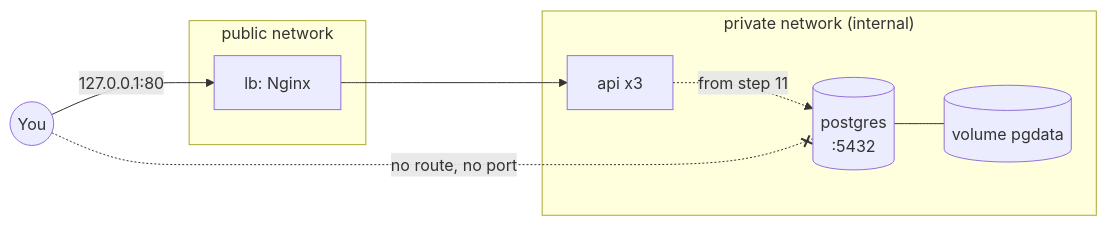
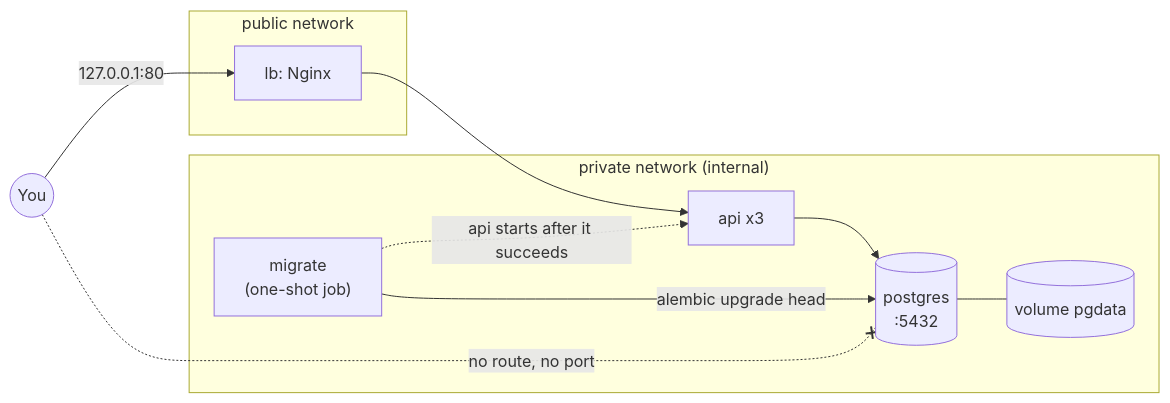
One commit to moncef2k/aws-local-lab changed the diagram in docs/labs/04-database.md. Above: the diagram before and after it, drawn with Mermaid. The commit also changed other lines of this file and 1 other file, not shown here.

Commit message:
AWSLAB-29 docs: lab 04 step 11 - DB layer, migration and migrate job

````diff
--- a/docs/labs/04-database.md
+++ b/docs/labs/04-database.md
@@ -61,16 +71,19 @@
 ```mermaid
 flowchart LR
   you((You)) -->|127.0.0.1:80| lb
   subgraph public["public network"]
     lb["lb: Nginx"]
   end
   subgraph private["private network (internal)"]
     api["api x3"]
+    mig["migrate<br/>(one-shot job)"]
     pg[("postgres<br/>:5432")]
     vol[("volume pgdata")]
   end
   lb --> api
-  api -. "from step 11" .-> pg
+  api --> pg
+  mig -->|"alembic upgrade head"| pg
+  mig -. "api starts after it succeeds" .-> api
   pg --- vol
   you -. "no route, no port" .-x pg
 ```
````
